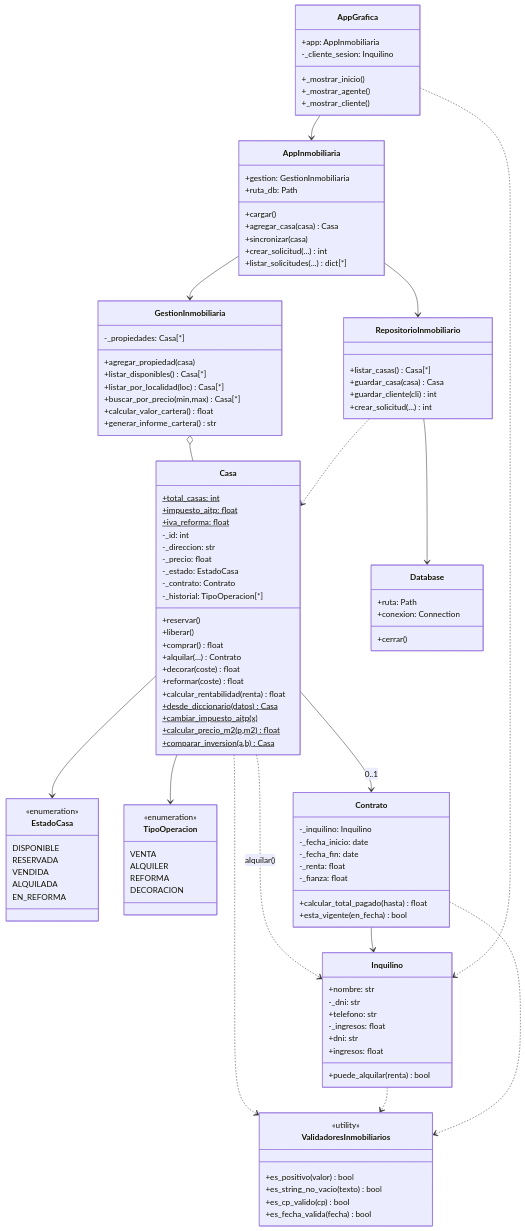
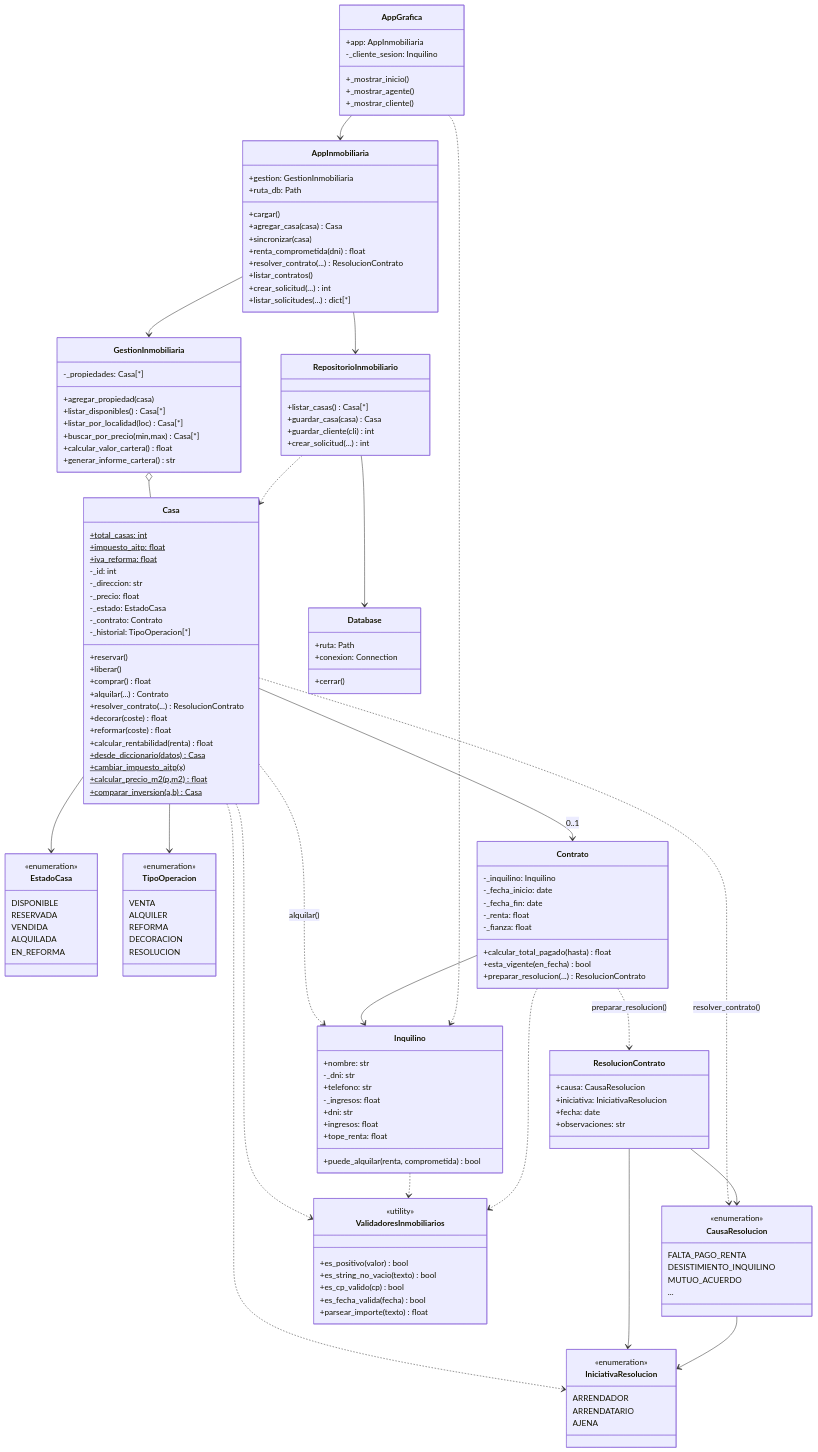
One commit to gracobjo/poo_inmobiliaria changed the first of 7 diagrams in docs/05-diagramas-uml.md. Above: the diagram before and after it, drawn with Mermaid. The commit also changed other lines of this file and 21 other files, not shown here.

```diff
--- a/docs/05-diagramas-uml.md
+++ b/docs/05-diagramas-uml.md
@@ -25,6 +25,22 @@
     ALQUILER
     REFORMA
     DECORACION
+    RESOLUCION
+  }
+
+  class IniciativaResolucion {
+    <<enumeration>>
+    ARRENDADOR
+    ARRENDATARIO
+    AJENA
+  }
+
+  class CausaResolucion {
+    <<enumeration>>
+    FALTA_PAGO_RENTA
+    DESISTIMIENTO_INQUILINO
+    MUTUO_ACUERDO
+    ...
   }
 
   class ValidadoresInmobiliarios {
@@ -33,6 +49,7 @@
     +es_string_no_vacio(texto) bool
     +es_cp_valido(cp) bool
     +es_fecha_valida(fecha) bool
+    +parsear_importe(texto) float
   }
 
   class Inquilino {
@@ -42,7 +59,8 @@
     -_ingresos: float
     +dni: str
     +ingresos: float
-    +puede_alquilar(renta) bool
+    +tope_renta: float
+    +puede_alquilar(renta, comprometida) bool
   }
 
   class Contrato {
@@ -53,6 +71,14 @@
     -_fianza: float
     +calcular_total_pagado(hasta) float
     +esta_vigente(en_fecha) bool
+    +preparar_resolucion(...) ResolucionContrato
+  }
+
+  class ResolucionContrato {
+    +causa: CausaResolucion
+    +iniciativa: IniciativaResolucion
+    +fecha: date
+    +observaciones: str
   }
 
   class Casa {
@@ -69,6 +95,7 @@
     +liberar()
     +comprar() float
     +alquilar(...) Contrato
+    +resolver_contrato(...) ResolucionContrato
     +decorar(coste) float
     +reformar(coste) float
     +calcular_rentabilidad(renta) float
@@ -94,6 +121,9 @@
     +cargar()
     +agregar_casa(casa) Casa
     +sincronizar(casa)
+    +renta_comprometida(dni) float
+    +resolver_contrato(...) ResolucionContrato
+    +listar_contratos() 
     +crear_solicitud(...) int
     +listar_solicitudes(...) dict[*]
   }
@@ -123,7 +153,13 @@
   Casa --> TipoOperacion
   Casa --> Contrato : 0..1
   Casa ..> Inquilino : alquilar()
+  Casa ..> CausaResolucion : resolver_contrato()
+  Casa ..> IniciativaResolucion
   Contrato --> Inquilino
+  Contrato ..> ResolucionContrato : preparar_resolucion()
+  ResolucionContrato --> CausaResolucion
+  ResolucionContrato --> IniciativaResolucion
+  CausaResolucion --> IniciativaResolucion
   Casa ..> ValidadoresInmobiliarios
   Inquilino ..> ValidadoresInmobiliarios
   Contrato ..> ValidadoresInmobiliarios
```
